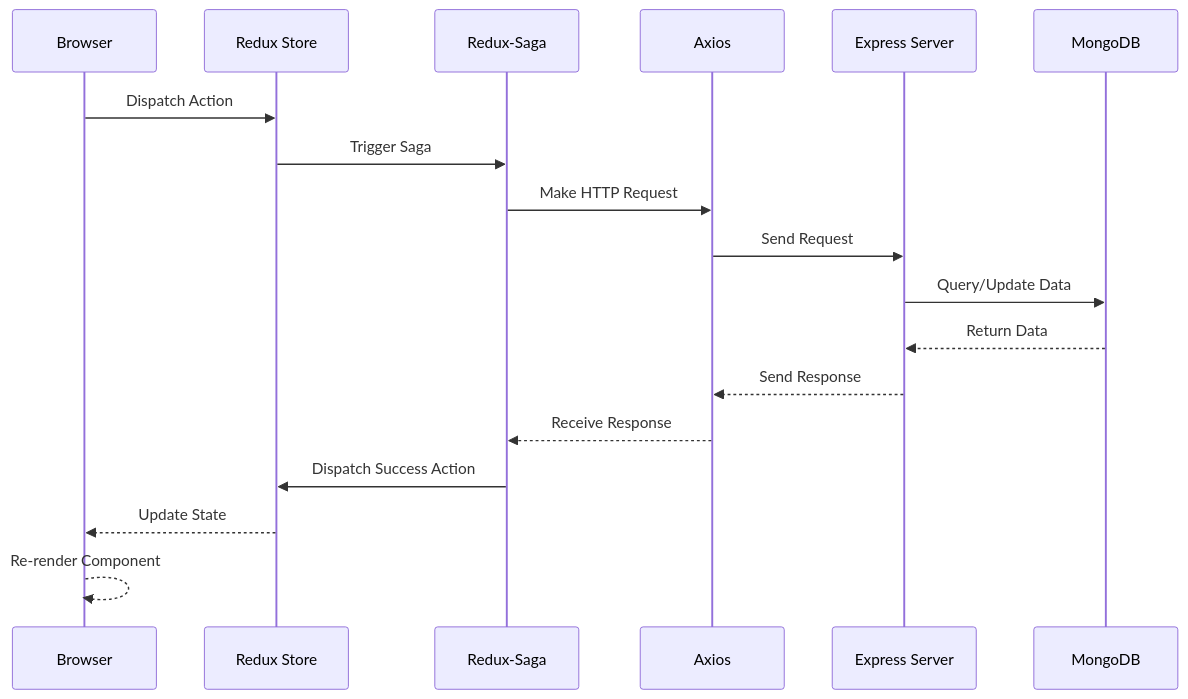
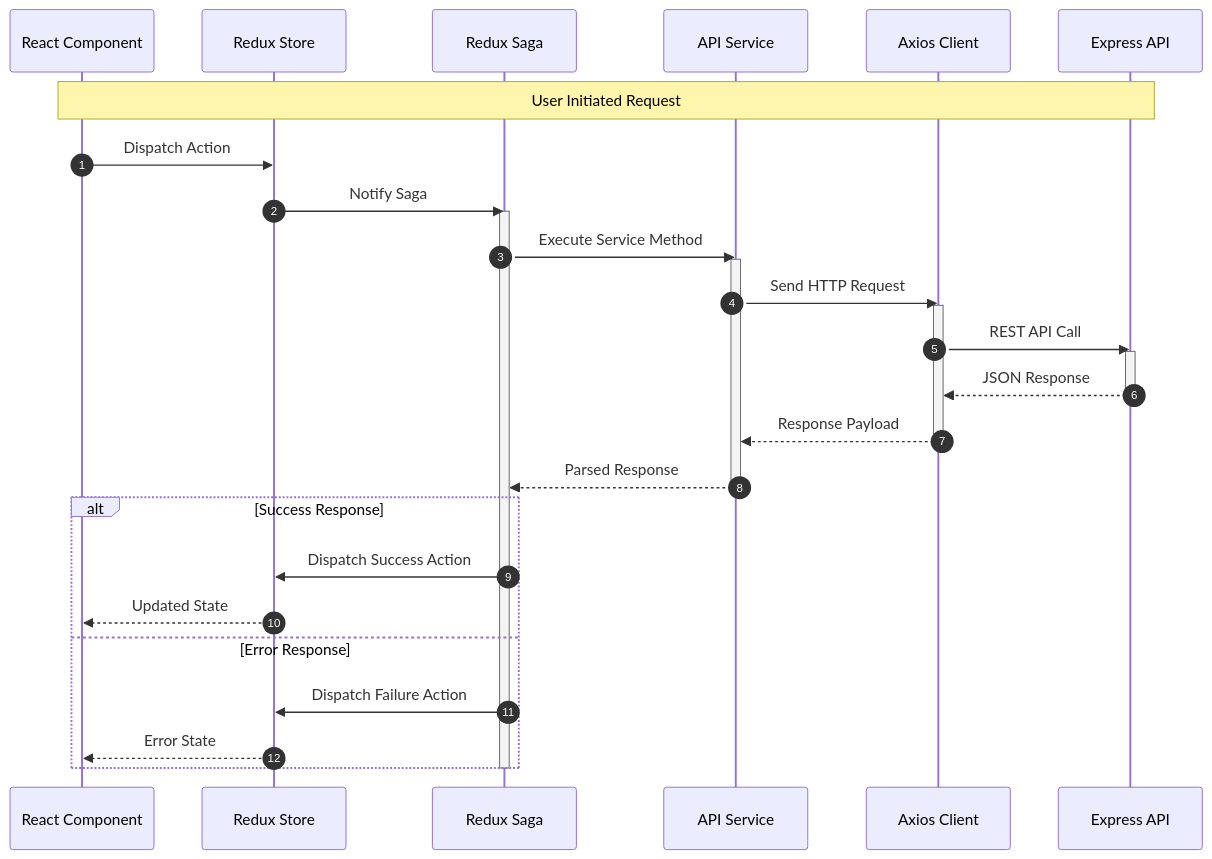
One commit to Shravan-509/BookMyShow changed the third of 10 diagrams in docs/ARCHITECTURE.md. Above: the diagram before and after it, drawn with Mermaid. The commit also changed other lines of this file and 3 other files, not shown here.

Commit message:
docs: add API, project, and database documentation and update architecture guide

````diff
--- a/docs/ARCHITECTURE.md
+++ b/docs/ARCHITECTURE.md
@@ -55,21 +197,59 @@
 ```mermaid
 sequenceDiagram
-    participant Browser as Browser
-    participant Redux as Redux Store
-    participant Saga as Redux-Saga
-    participant API as Axios
-    participant Server as Express Server
-    participant DB as MongoDB
-    
-    Browser->>Redux: Dispatch Action
-    Redux->>Saga: Trigger Saga
-    Saga->>API: Make HTTP Request
-    API->>Server: Send Request
-    Server->>DB: Query/Update Data
-    DB-->>Server: Return Data
-    Server-->>API: Send Response
-    API-->>Saga: Receive Response
-    Saga->>Redux: Dispatch Success Action
-    Redux-->>Browser: Update State
-    Browser-->>Browser: Re-render Component
+    autonumber
+
+    participant Component as React Component
+    participant Store as Redux Store
+    participant Saga as Redux Saga
+    participant Service as API Service
+    participant Axios as Axios Client
+    participant API as Express API
+
+    Note over Component,API: User Initiated Request
+
+    Component->>Store: Dispatch Action
+
+    Store->>Saga: Notify Saga
+
+    activate Saga
+
+    Saga->>Service: Execute Service Method
+
+    activate Service
+
+    Service->>Axios: Send HTTP Request
+
+    activate Axios
+
+    Axios->>API: REST API Call
+
+    activate API
+
+    API-->>Axios: JSON Response
+
+    deactivate API
+
+    Axios-->>Service: Response Payload
+
+    deactivate Axios
+
+    Service-->>Saga: Parsed Response
+
+    deactivate Service
+
+    alt Success Response
+
+        Saga->>Store: Dispatch Success Action
+
+        Store-->>Component: Updated State
+
+    else Error Response
+
+        Saga->>Store: Dispatch Failure Action
+
+        Store-->>Component: Error State
+
+    end
+
+    deactivate Saga
 ```
````
